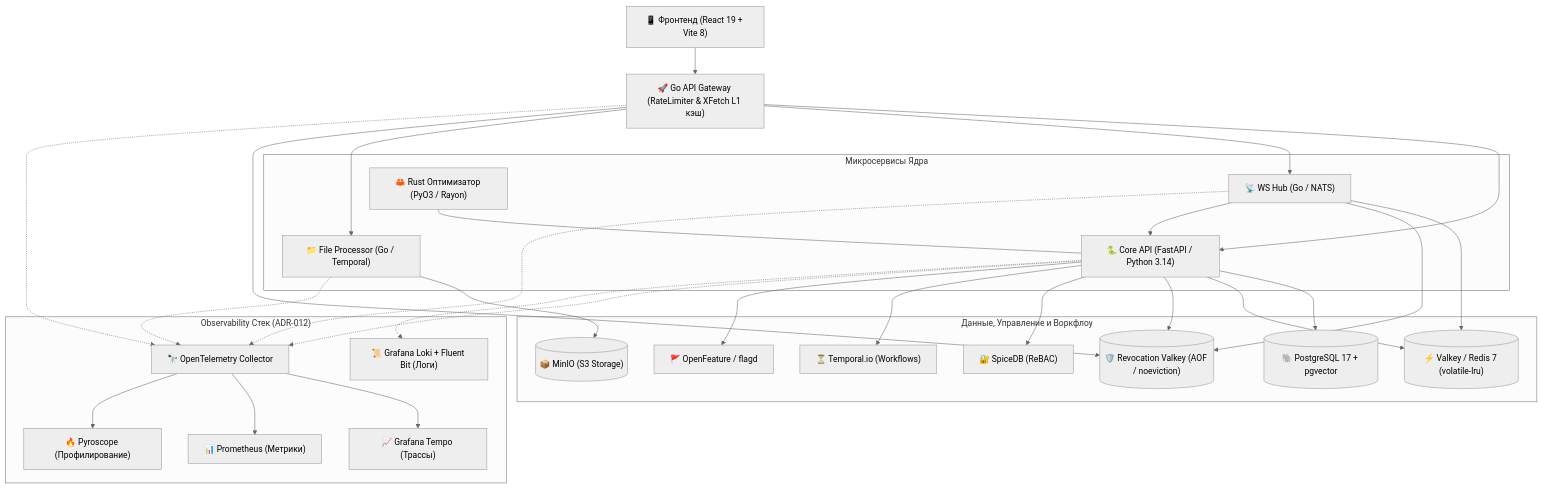
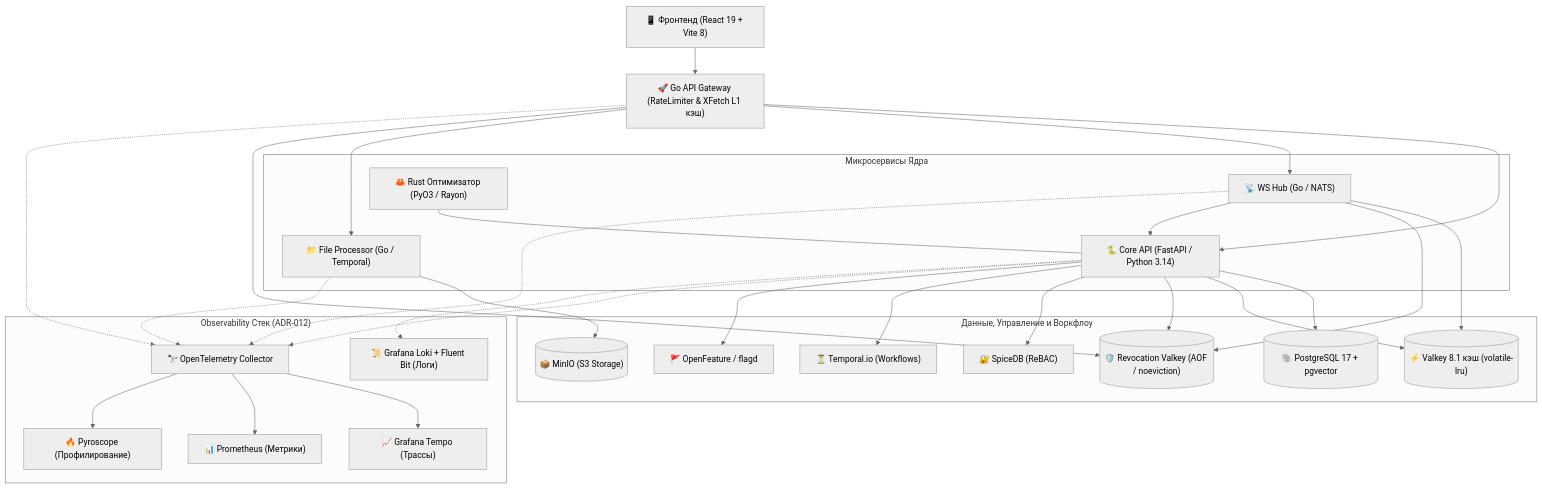
Before and after one commit to egorribun/university_ecosystem: the first of 3 diagrams in README.ru.md, drawn with Mermaid (neutral theme). The commit also changed other lines of this file and 21 other files, not shown here.

````diff
--- a/README.ru.md
+++ b/README.ru.md
@@ -89,59 +90,59 @@
 ```mermaid
 graph TD
     Client["📱 Фронтенд (React 19 + Vite 8)"]
     Gateway["🚀 Go API Gateway (RateLimiter & XFetch L1 кэш)"]
 
     subgraph "Микросервисы Ядра"
         Backend["🐍 Core API (FastAPI / Python 3.14)"]
         WSHub["📡 WS Hub (Go / NATS)"]
         FileProc["📁 File Processor (Go / Temporal)"]
         Optimizer["🦀 Rust Оптимизатор (PyO3 / Rayon)"]
     end
 
     subgraph "Данные, Управление и Воркфлоу"
         Postgres[("🐘 PostgreSQL 17 + pgvector")]
-        Valkey[("⚡ Valkey / Redis 7 (volatile-lru)")]
+        Valkey[("⚡ Valkey 8.1 кэш (volatile-lru)")]
         Revocations[("🛡️ Revocation Valkey (AOF / noeviction)")]
         MinIO[("📦 MinIO (S3 Storage)")]
         Temporal["⏳ Temporal.io (Workflows)"]
         SpiceDB["🔐 SpiceDB (ReBAC)"]
         Flagd["🚩 OpenFeature / flagd"]
     end
 
     subgraph "Observability Стек (ADR-012)"
         OTEL["🔭 OpenTelemetry Collector"]
         Tempo["📈 Grafana Tempo (Трассы)"]
         Prometheus["📊 Prometheus (Метрики)"]
         Pyroscope["🔥 Pyroscope (Профилирование)"]
         Loki["📜 Grafana Loki + Fluent Bit (Логи)"]
     end
 
     Client --> Gateway
     Gateway --> Backend
     Gateway --> WSHub
     Gateway --> FileProc
 
     Backend --> Postgres
     Backend --> Valkey
     Backend --> Revocations
     Backend --> SpiceDB
     Backend --> Temporal
     Backend --> Flagd
 
     WSHub --> Valkey
     WSHub --> Revocations
     Gateway --> Revocations
     WSHub --> Backend
     FileProc --> MinIO
     Optimizer --- Backend
 
     Backend -.-> OTEL
     Gateway -.-> OTEL
     WSHub -.-> OTEL
     FileProc -.-> OTEL
 
     OTEL --> Tempo
     OTEL --> Prometheus
     OTEL --> Pyroscope
     Backend -.-> Loki
 ```
````
